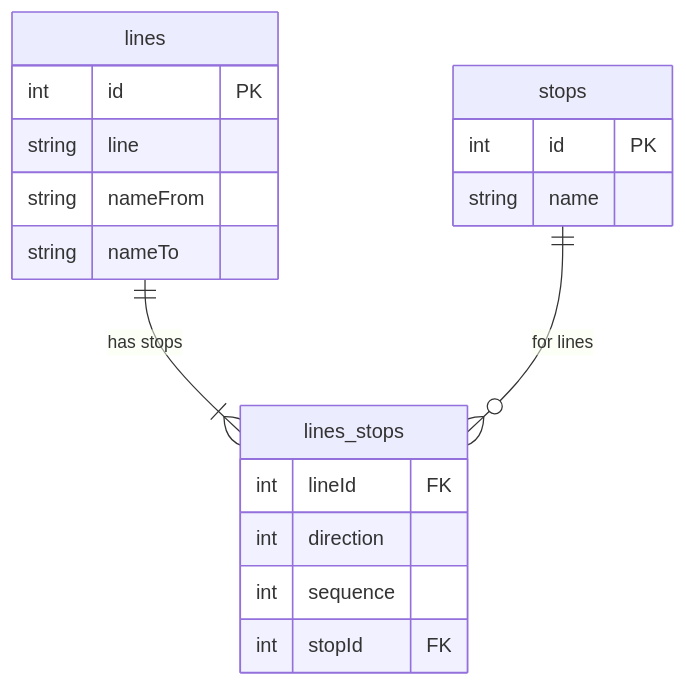
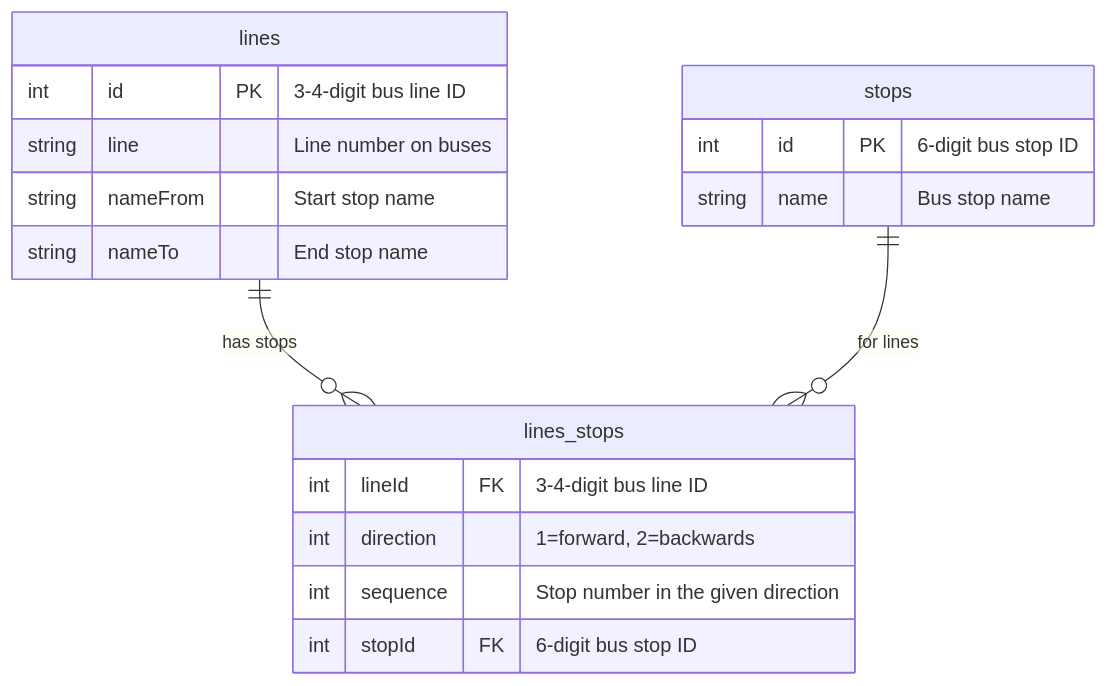
The diagram in README.md (openstreetmap-si/bus-routes-osm-lpp), drawn with Mermaid before and after one commit.

````diff
--- a/README.md
+++ b/README.md
@@ -11,21 +11,21 @@
 ```mermaid
 erDiagram
-          lines ||--|{ lines_stops : "has stops"
+          lines ||--o{ lines_stops : "has stops"
           lines {
-              int id PK
-              string line
-              string nameFrom
-              string nameTo
+              int id PK "3-4-digit bus line ID"
+              string line "Line number on buses"
+              string nameFrom "Start stop name"
+              string nameTo "End stop name"
           }
           stops ||--o{ lines_stops : "for lines"
           stops {
-              int id PK
-              string name
+              int id PK "6-digit bus stop ID"
+              string name "Bus stop name"
           }
           lines_stops {
-              int lineId FK
-              int direction
-              int sequence 
-              int stopId FK
+              int lineId FK "3-4-digit bus line ID"
+              int direction "1=forward, 2=backwards"
+              int sequence "Stop number in the given direction"
+              int stopId FK "6-digit bus stop ID"
           }
 ```
````
